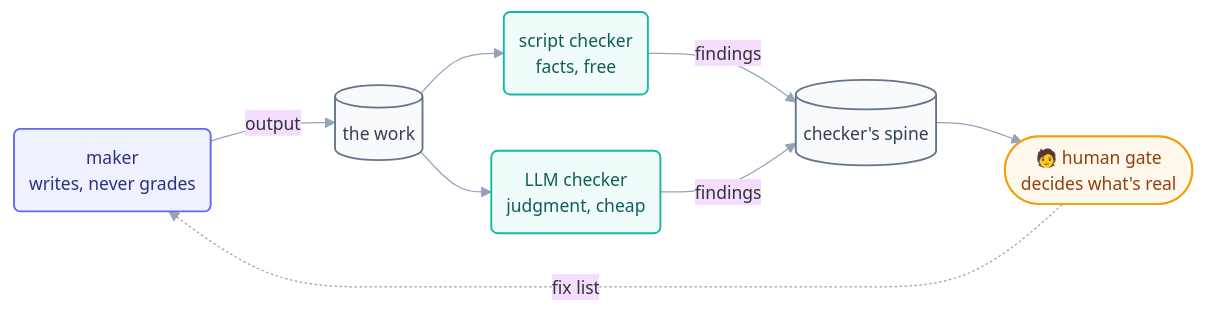
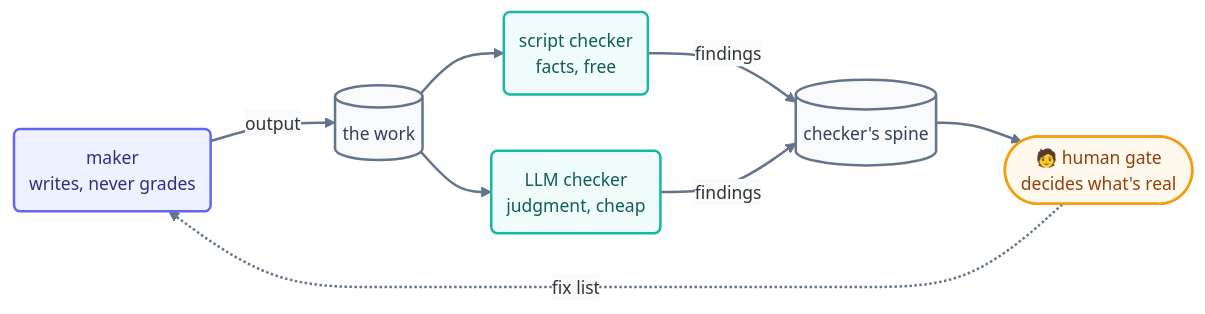
Before and after one commit to ayeshakhalid192007-dev/LoopEngineering-CrashCourse: the diagram in docs/05-part-3-the-body/11-maker-checker.md, drawn with Mermaid. The commit also changed 66 other files, not shown here.

First line of the commit message:
docs(diagrams): bolden and unify all 70 mermaid diagrams

````diff
--- a/docs/05-part-3-the-body/11-maker-checker.md
+++ b/docs/05-part-3-the-body/11-maker-checker.md
@@ -44,14 +44,15 @@
 ```mermaid
-%%{init: {'theme':'base','themeVariables':{'fontFamily':'ui-sans-serif, system-ui, sans-serif','fontSize':'14px','lineColor':'#94a3b8'},'flowchart':{'curve':'basis','nodeSpacing':45,'rankSpacing':55,'padding':12}}}%%
+%%{init: {'theme':'base','themeVariables':{'fontFamily':'ui-sans-serif, system-ui, sans-serif','fontSize':'14px','lineColor':'#64748b','edgeLabelBackground':'#f8fafc'},'flowchart':{'curve':'basis','nodeSpacing':45,'rankSpacing':55,'padding':12}}}%%
 flowchart LR
     M("maker<br/>writes, never grades"):::maker -->|output| W[("the work")]:::file
     W --> C1("script checker<br/>facts, free"):::check
     W --> C2("LLM checker<br/>judgment, cheap"):::check
     C1 & C2 -->|findings| F[("checker's spine")]:::file
     F --> H(["🧑 human gate<br/>decides what's real"]):::human
     H -.->|"fix list"| M
-    classDef maker fill:#eef2ff,stroke:#6366f1,stroke-width:1.5px,color:#312e81;
-    classDef check fill:#effcf9,stroke:#14b8a6,stroke-width:1.5px,color:#115e59;
-    classDef file fill:#f8fafc,stroke:#64748b,stroke-width:1.5px,color:#334155;
-    classDef human fill:#fef9ec,stroke:#f59e0b,stroke-width:1.5px,color:#92400e;
+    linkStyle default stroke:#64748b,stroke-width:2px;
+    classDef maker fill:#eef2ff,stroke:#6366f1,stroke-width:2px,color:#312e81;
+    classDef check fill:#effcf9,stroke:#14b8a6,stroke-width:2px,color:#115e59;
+    classDef file fill:#f8fafc,stroke:#64748b,stroke-width:2px,color:#334155;
+    classDef human fill:#fef9ec,stroke:#f59e0b,stroke-width:2px,color:#92400e;
 ```
````
